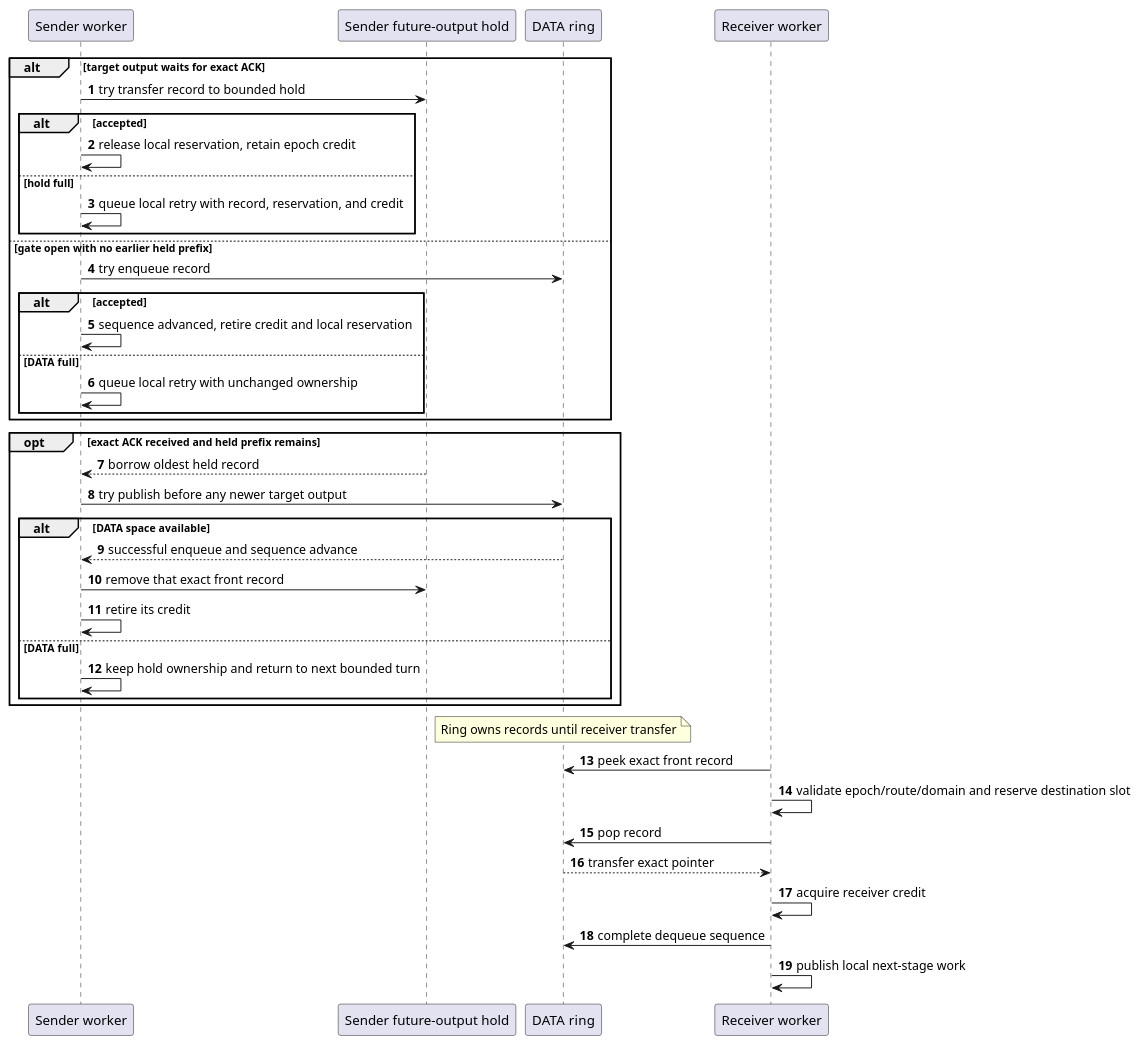
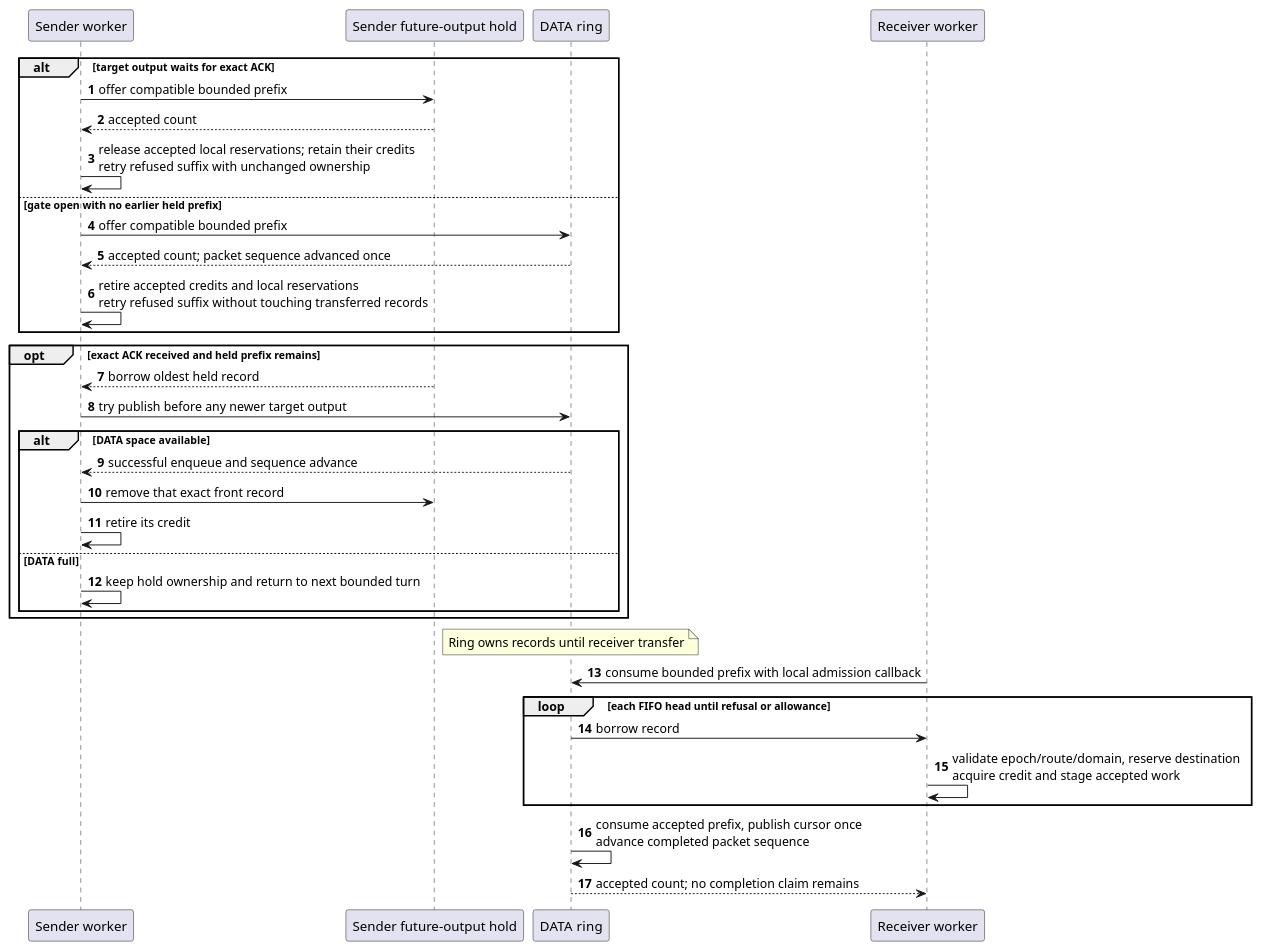
Diagram 27 of 30 in docs/diagrams/platform_architecture.md (flemingpatel/kinetum), drawn with PlantUML before and after one commit. The commit also changed other lines of this file and 17 other files, not shown here.

````diff
--- a/docs/diagrams/platform_architecture.md
+++ b/docs/diagrams/platform_architecture.md
@@ -2238,44 +2256,38 @@
 ```{uml}
 @startuml
     autonumber
     participant "Sender worker" as S
     participant "Sender future-output hold" as H
     participant "DATA ring" as D
     participant "Receiver worker" as R
 
     alt target output waits for exact ACK
-        S->H: try transfer record to bounded hold
-        alt accepted
-            S->S: release local reservation, retain epoch credit
-        else hold full
-            S->S: queue local retry with record, reservation, and credit
-        end
+        S->H: offer compatible bounded prefix
+        H-->S: accepted count
+        S->S: release accepted local reservations; retain their credits\nretry refused suffix with unchanged ownership
     else gate open with no earlier held prefix
-        S->D: try enqueue record
-        alt accepted
-            S->S: sequence advanced, retire credit and local reservation
-        else DATA full
-            S->S: queue local retry with unchanged ownership
-        end
+        S->D: offer compatible bounded prefix
+        D-->S: accepted count; packet sequence advanced once
+        S->S: retire accepted credits and local reservations\nretry refused suffix without touching transferred records
     end
     opt exact ACK received and held prefix remains
         H-->S: borrow oldest held record
         S->D: try publish before any newer target output
         alt DATA space available
             D-->S: successful enqueue and sequence advance
             S->H: remove that exact front record
             S->S: retire its credit
         else DATA full
             S->S: keep hold ownership and return to next bounded turn
         end
     end
     note over D: Ring owns records until receiver transfer
-    R->D: peek exact front record
-    R->R: validate epoch/route/domain and reserve destination slot
-    R->D: pop record
-    D-->R: transfer exact pointer
-    R->R: acquire receiver credit
-    R->D: complete dequeue sequence
-    R->R: publish local next-stage work
+    R->D: consume bounded prefix with local admission callback
+    loop each FIFO head until refusal or allowance
+        D->R: borrow record
+        R->R: validate epoch/route/domain, reserve destination\nacquire credit and stage accepted work
+    end
+    D->D: consume accepted prefix, publish cursor once\nadvance completed packet sequence
+    D-->R: accepted count; no completion claim remains
 @enduml
 ```
````
